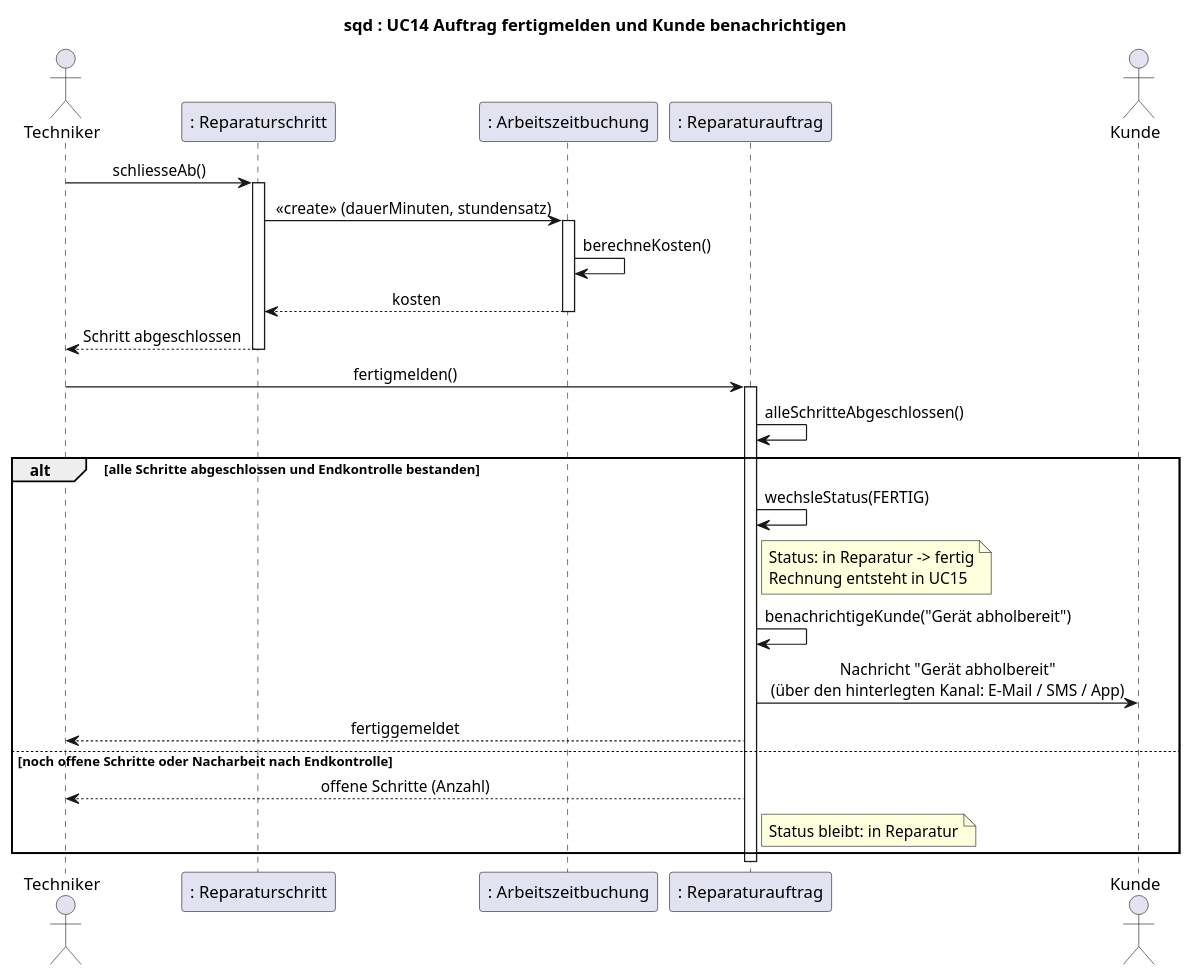
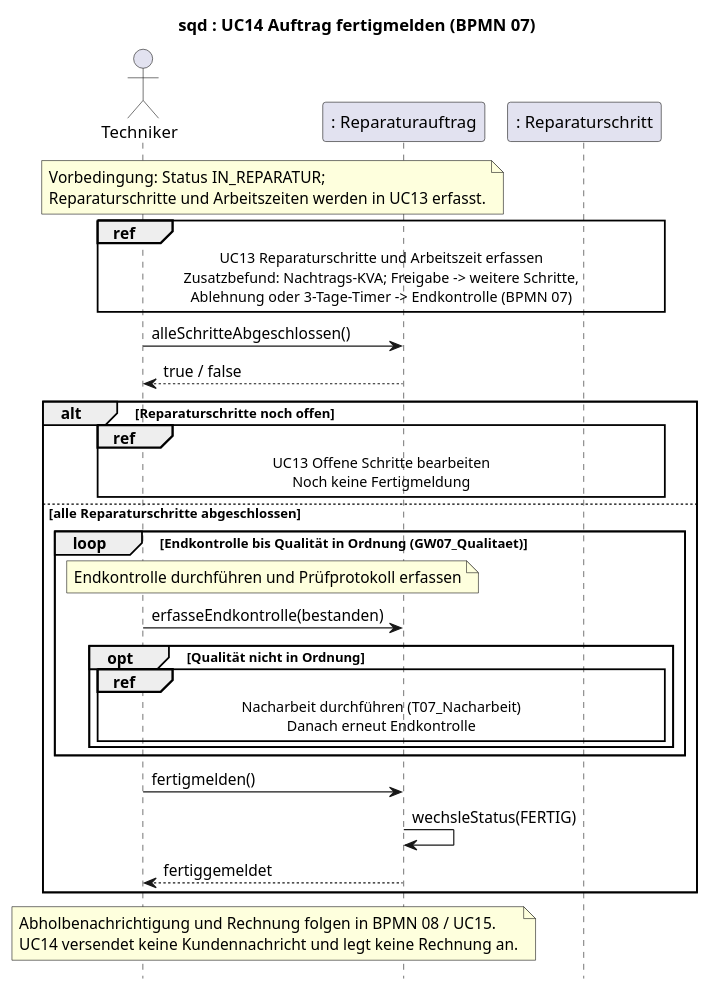
Before and after one commit to jakobschwan123-cmd/casestudy-semester-3: the diagram in uml/sequenz-04-fertigmeldung.puml, drawn with PlantUML. The commit also changed 44 other files, not shown here.

Commit message:
[T04 2026-10-05] fix: align uml diagrams with bpmn processes

```diff
--- a/uml/sequenz-04-fertigmeldung.puml
+++ b/uml/sequenz-04-fertigmeldung.puml
@@ -1,35 +1,33 @@
 @startuml
-title sqd : UC14 Auftrag fertigmelden und Kunde benachrichtigen
+' BPMN: p07-reparaturdurchfuehrung.bpmn
+' BPMN-Nodes: T07_Status T07_Start T07_Doku GW07_Weitere T07_Nachtrag T07_NachtragSenden E07_Entscheidung E07_Timer GW07_Nachtrag T07_Endkontrolle GW07_Qualitaet T07_Nacharbeit T07_Fertig
+title sqd : UC14 Auftrag fertigmelden (BPMN 07)
 skinparam defaultFontName Arial
-skinparam sequenceMessageAlign center
+skinparam sequenceMessageAlign left
+skinparam maxMessageSize 160
+hide footbox
+
 actor Techniker
+participant ": Reparaturauftrag" as RA
 participant ": Reparaturschritt" as RS
-participant ": Arbeitszeitbuchung" as AZB
-participant ": Reparaturauftrag" as RA
-actor Kunde
 
-Techniker -> RS : schliesseAb()
-activate RS
-RS -> AZB : <<create>> (dauerMinuten, stundensatz)
-activate AZB
-AZB -> AZB : berechneKosten()
-AZB --> RS : kosten
-deactivate AZB
-RS --> Techniker : Schritt abgeschlossen
-deactivate RS
-
-Techniker -> RA : fertigmelden()
-activate RA
-RA -> RA : alleSchritteAbgeschlossen()
-alt alle Schritte abgeschlossen und Endkontrolle bestanden
+note over Techniker, RA : Vorbedingung: Status IN_REPARATUR;\nReparaturschritte und Arbeitszeiten werden in UC13 erfasst.
+ref over Techniker, RA, RS : UC13 Reparaturschritte und Arbeitszeit erfassen\nZusatzbefund: Nachtrags-KVA; Freigabe -> weitere Schritte,\nAblehnung oder 3-Tage-Timer -> Endkontrolle (BPMN 07)
+Techniker -> RA : alleSchritteAbgeschlossen()
+RA --> Techniker : true / false
+alt Reparaturschritte noch offen
+    ref over Techniker, RA, RS : UC13 Offene Schritte bearbeiten\nNoch keine Fertigmeldung
+else alle Reparaturschritte abgeschlossen
+    loop Endkontrolle bis Qualität in Ordnung (GW07_Qualitaet)
+        note over Techniker, RA : Endkontrolle durchführen und Prüfprotokoll erfassen
+        Techniker -> RA : erfasseEndkontrolle(bestanden)
+        opt Qualität nicht in Ordnung
+            ref over Techniker, RA, RS : Nacharbeit durchführen (T07_Nacharbeit)\nDanach erneut Endkontrolle
+        end
+    end
+    Techniker -> RA : fertigmelden()
     RA -> RA : wechsleStatus(FERTIG)
-    note right of RA : Status: in Reparatur -> fertig\nRechnung entsteht in UC15
-    RA -> RA : benachrichtigeKunde("Gerät abholbereit")
-    RA -> Kunde : Nachricht "Gerät abholbereit"\n(über den hinterlegten Kanal: E-Mail / SMS / App)
     RA --> Techniker : fertiggemeldet
-else noch offene Schritte oder Nacharbeit nach Endkontrolle
-    RA --> Techniker : offene Schritte (Anzahl)
-    note right of RA : Status bleibt: in Reparatur
 end
-deactivate RA
+note over Techniker, RA : Abholbenachrichtigung und Rechnung folgen in BPMN 08 / UC15.\nUC14 versendet keine Kundennachricht und legt keine Rechnung an.
 @enduml
```
